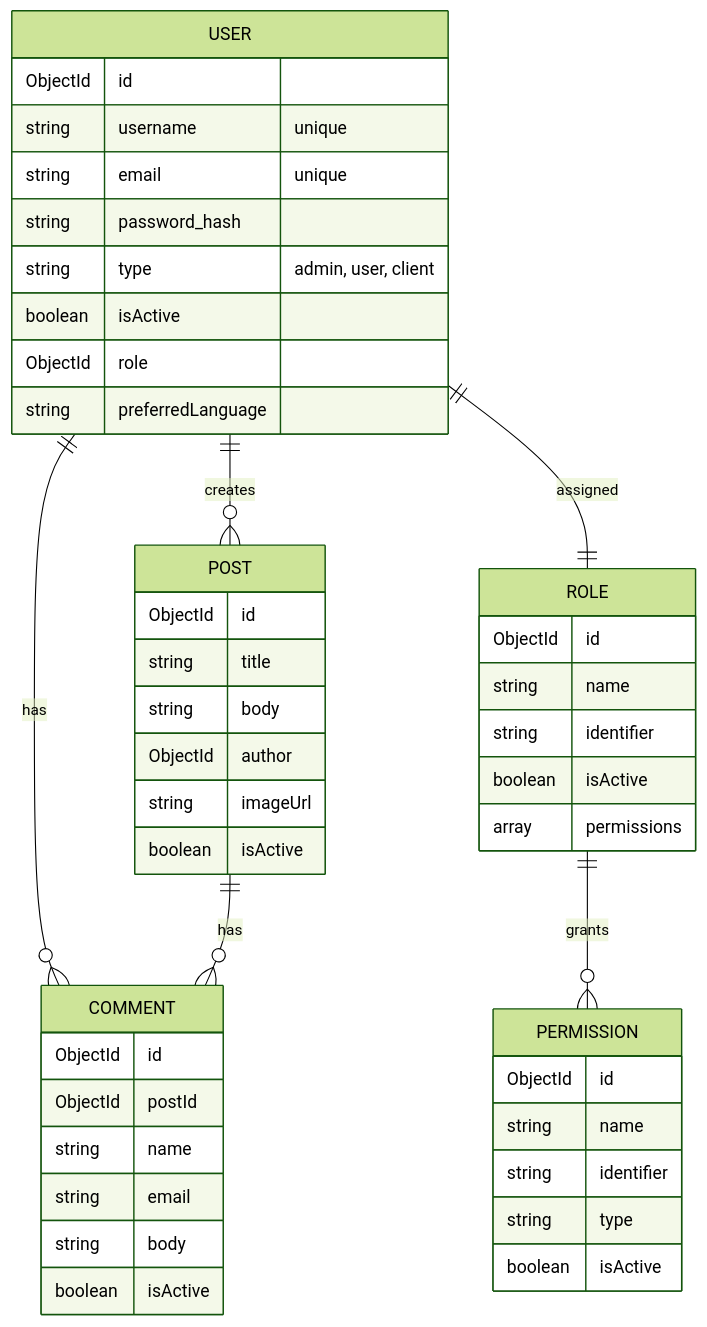
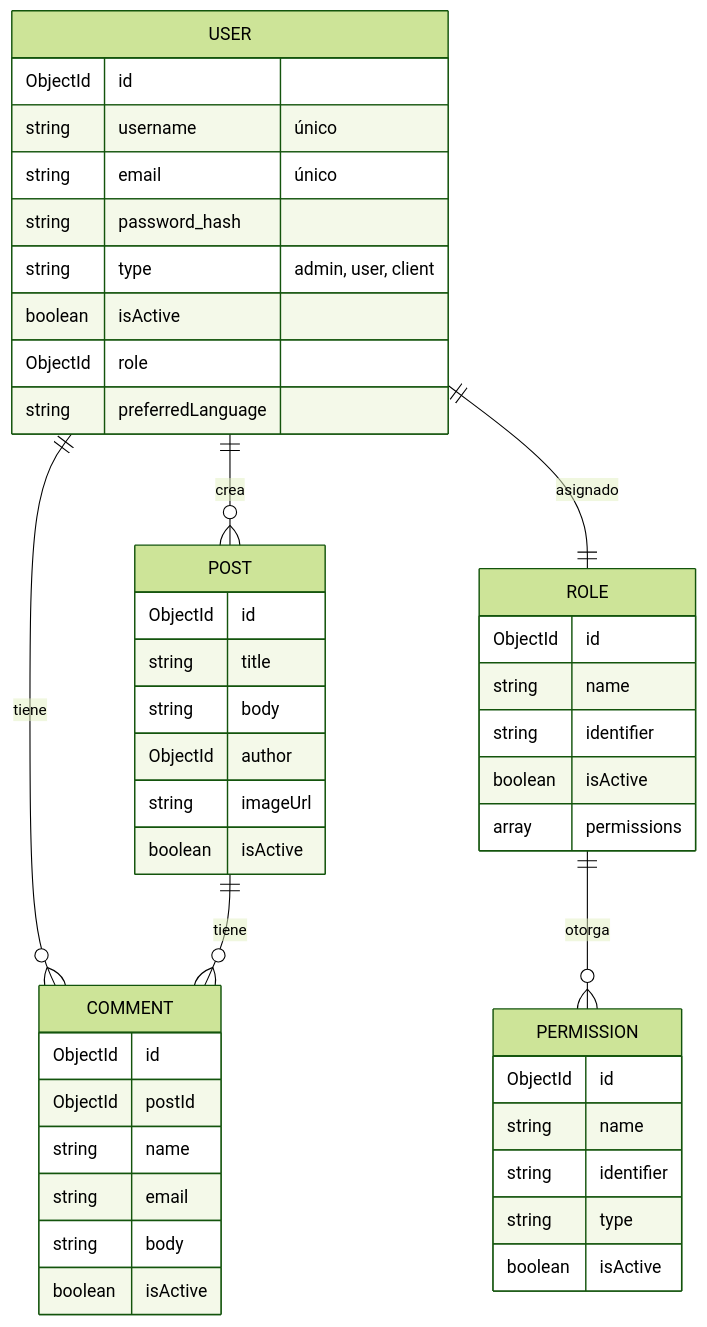
One commit to Byroncl/laboratory-reviews changed the tenth of 14 diagrams in docs-post-message/docs/backend/architecture/overview.md. Above: the diagram before and after it, drawn with Mermaid (forest theme). The commit also changed other lines of this file and 17 other files, not shown here.

Commit message:
refactor: implement clean architecture patterns with domains, repositories, use cases, constants, and comprehensive tests

````diff
--- a/docs-post-message/docs/backend/architecture/overview.md
+++ b/docs-post-message/docs/backend/architecture/overview.md
@@ -272,53 +272,53 @@
 ```mermaid
 erDiagram
-    USER ||--o{ POST : "creates"
-    USER ||--o{ COMMENT : "has"
-    USER ||--|| ROLE : "assigned"
-    POST ||--o{ COMMENT : "has"
-    ROLE ||--o{ PERMISSION : "grants"
+    USER ||--o{ POST : "crea"
+    USER ||--o{ COMMENT : "tiene"
+    USER ||--|| ROLE : "asignado"
+    POST ||--o{ COMMENT : "tiene"
+    ROLE ||--o{ PERMISSION : "otorga"
     
     USER {
         ObjectId id
-        string username "unique"
-        string email "unique"
+        string username "único"
+        string email "único"
         string password_hash
         string type "admin, user, client"
         boolean isActive
         ObjectId role
         string preferredLanguage
     }
     
     POST {
         ObjectId id
         string title
         string body
         ObjectId author
         string imageUrl
         boolean isActive
     }
     
     COMMENT {
         ObjectId id
         ObjectId postId
         string name
         string email
         string body
         boolean isActive
     }
     
     ROLE {
         ObjectId id
         string name
         string identifier
         boolean isActive
         array permissions
     }
     
     PERMISSION {
         ObjectId id
         string name
         string identifier
         string type
         boolean isActive
     }
 ```
````
